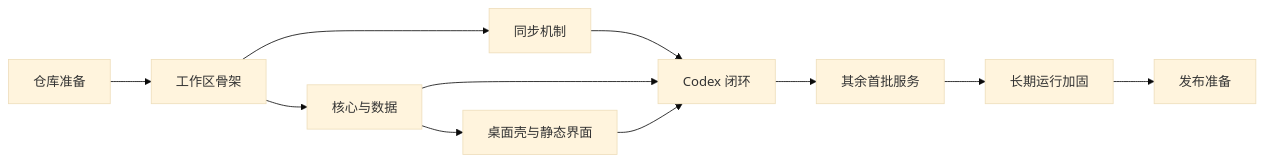
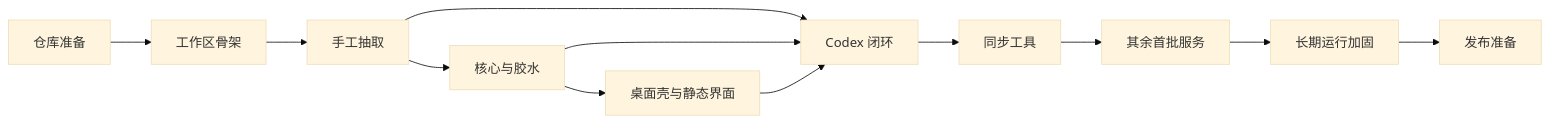
The diagram in docs/plan.md (SwingCosmic/astra-conductor), drawn with Mermaid (base theme) before and after one commit. The commit also changed other lines of this file and 36 other files, not shown here.

````diff
--- a/docs/plan.md
+++ b/docs/plan.md
@@ -165,13 +278,14 @@
 ```mermaid
 flowchart LR
   P0[仓库准备] --> P1[工作区骨架]
-  P1 --> P2[同步机制]
-  P1 --> P3[核心与数据]
+  P1 --> P2[手工抽取]
+  P2 --> P3[核心与胶水]
   P3 --> P4[桌面壳与静态界面]
   P2 --> P5[Codex 闭环]
   P3 --> P5
   P4 --> P5
-  P5 --> P6[其余首批服务]
-  P6 --> P7[长期运行加固]
-  P7 --> P8[发布准备]
+  P5 --> P6[同步工具]
+  P6 --> P7[其余首批服务]
+  P7 --> P8[长期运行加固]
+  P8 --> P9[发布准备]
 ```
````
